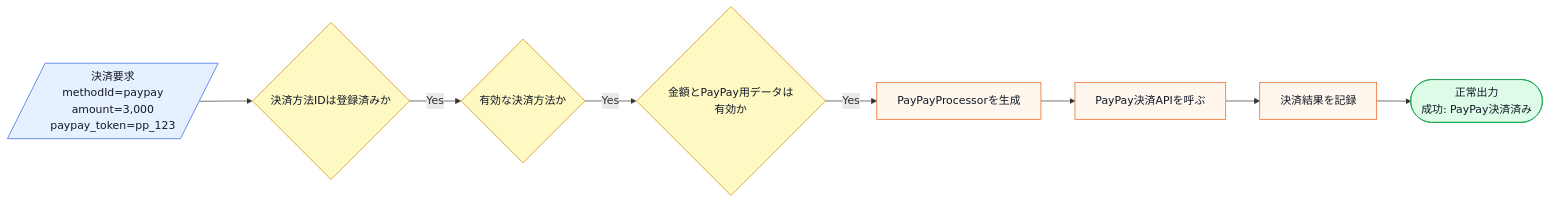
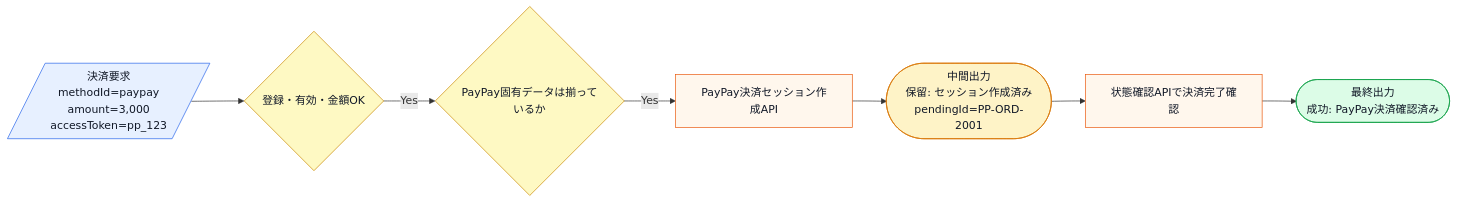
One commit to kumachan1101-pixel/DesignPattern changed the fifth of 9 diagrams in kindle/design-patterns/output/chapter08.md. Above: the diagram before and after it, drawn with Mermaid. The commit also changed other lines of this file, not shown here.

````diff
--- a/kindle/design-patterns/output/chapter08.md
+++ b/kindle/design-patterns/output/chapter08.md
@@ -483,15 +883,15 @@
 ```mermaid
 flowchart LR
-    A[/決済要求<br>methodId=paypay<br>amount=3,000<br>paypay_token=pp_123/]:::input --> B{決済方法IDは登録済みか}:::decision
-    B -->|Yes| C{有効な決済方法か}:::decision
-    C -->|Yes| D{金額とPayPay用データは有効か}:::decision
-    D -->|Yes| E[PayPayProcessorを生成]:::process
-    E --> F[PayPay決済APIを呼ぶ]:::process
-    F --> G[決済結果を記録]:::process
-    G --> H([正常出力<br>成功: PayPay決済済み]):::normal
+    A[/決済要求<br>methodId=paypay<br>amount=3,000<br>accessToken=pp_123/]:::input --> B{登録・有効・金額OK}:::decision
+    B -->|Yes| C{PayPay固有データは揃っているか}:::decision
+    C -->|Yes| D[PayPay決済セッション作成API]:::process
+    D --> E([中間出力<br>保留: セッション作成済み<br>pendingId=PP-ORD-2001]):::pending
+    E --> F[状態確認APIで決済完了確認]:::process
+    F --> G([最終出力<br>成功: PayPay決済確認済み]):::normal
 
     classDef input fill:#e7f0ff,stroke:#2563eb,color:#111827;
     classDef process fill:#fff7ed,stroke:#ea580c,color:#111827;
     classDef decision fill:#fef9c3,stroke:#ca8a04,color:#111827;
+    classDef pending fill:#fef3c7,stroke:#d97706,color:#111827;
     classDef normal fill:#dcfce7,stroke:#16a34a,color:#111827;
 ```
````
